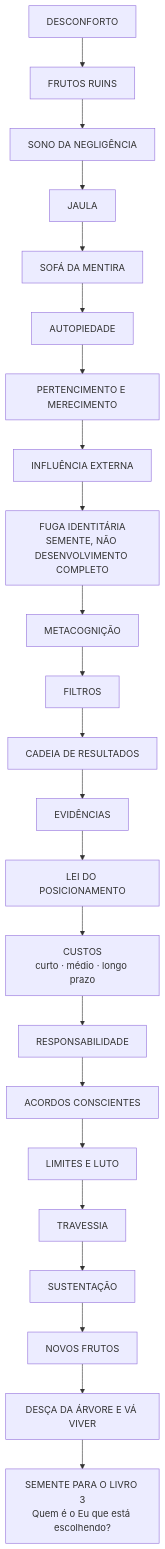
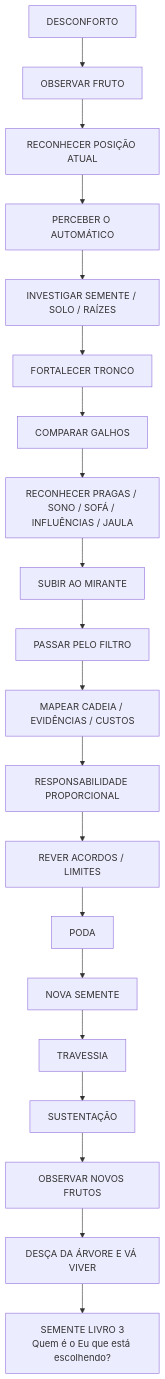
Before and after one commit to Sollimastudio/trilogia-sol-lima: the first of 8 diagrams in 02_REPOSICIONE_SE/MAPA_VISUAL.md, drawn with Mermaid. The commit also changed other lines of this file, not shown here.

Commit message:
livro2: refina mapa visual do metodo apos etapa 01

````diff
--- a/02_REPOSICIONE_SE/MAPA_VISUAL.md
+++ b/02_REPOSICIONE_SE/MAPA_VISUAL.md
@@ -3,25 +8,22 @@
 ```mermaid
 flowchart TD
-    A[DESCONFORTO] --> B[FRUTOS RUINS]
-    B --> C[SONO DA NEGLIGÊNCIA]
-    C --> D[JAULA]
-    D --> E[SOFÁ DA MENTIRA]
-    E --> F[AUTOPIEDADE]
-    F --> G[PERTENCIMENTO E MERECIMENTO]
-    G --> H[INFLUÊNCIA EXTERNA]
-    H --> I[FUGA IDENTITÁRIA\nSEMENTE, NÃO DESENVOLVIMENTO COMPLETO]
-    I --> J[METACOGNIÇÃO]
-    J --> K[FILTROS]
-    K --> L[CADEIA DE RESULTADOS]
-    L --> M[EVIDÊNCIAS]
-    M --> N[LEI DO POSICIONAMENTO]
-    N --> O[CUSTOS\ncurto · médio · longo prazo]
-    O --> P[RESPONSABILIDADE]
-    P --> Q[ACORDOS CONSCIENTES]
-    Q --> R[LIMITES E LUTO]
-    R --> S[TRAVESSIA]
-    S --> T[SUSTENTAÇÃO]
-    T --> U[NOVOS FRUTOS]
-    U --> V[DESÇA DA ÁRVORE E VÁ VIVER]
-    V --> W[SEMENTE PARA O LIVRO 3\nQuem é o Eu que está escolhendo?]
+    A[DESCONFORTO] --> B[OBSERVAR FRUTO]
+    B --> C[RECONHECER POSIÇÃO ATUAL]
+    C --> D[PERCEBER O AUTOMÁTICO]
+    D --> E[INVESTIGAR SEMENTE / SOLO / RAÍZES]
+    E --> F[FORTALECER TRONCO]
+    F --> G[COMPARAR GALHOS]
+    G --> H[RECONHECER PRAGAS / SONO / SOFÁ / INFLUÊNCIAS / JAULA]
+    H --> I[SUBIR AO MIRANTE]
+    I --> J[PASSAR PELO FILTRO]
+    J --> K[MAPEAR CADEIA / EVIDÊNCIAS / CUSTOS]
+    K --> L[RESPONSABILIDADE PROPORCIONAL]
+    L --> M[REVER ACORDOS / LIMITES]
+    M --> N[PODA]
+    N --> O[NOVA SEMENTE]
+    O --> P[TRAVESSIA]
+    P --> Q[SUSTENTAÇÃO]
+    Q --> R[OBSERVAR NOVOS FRUTOS]
+    R --> S[DESÇA DA ÁRVORE E VÁ VIVER]
+    S --> T[SEMENTE LIVRO 3\nQuem é o Eu que está escolhendo?]
 ```
````
